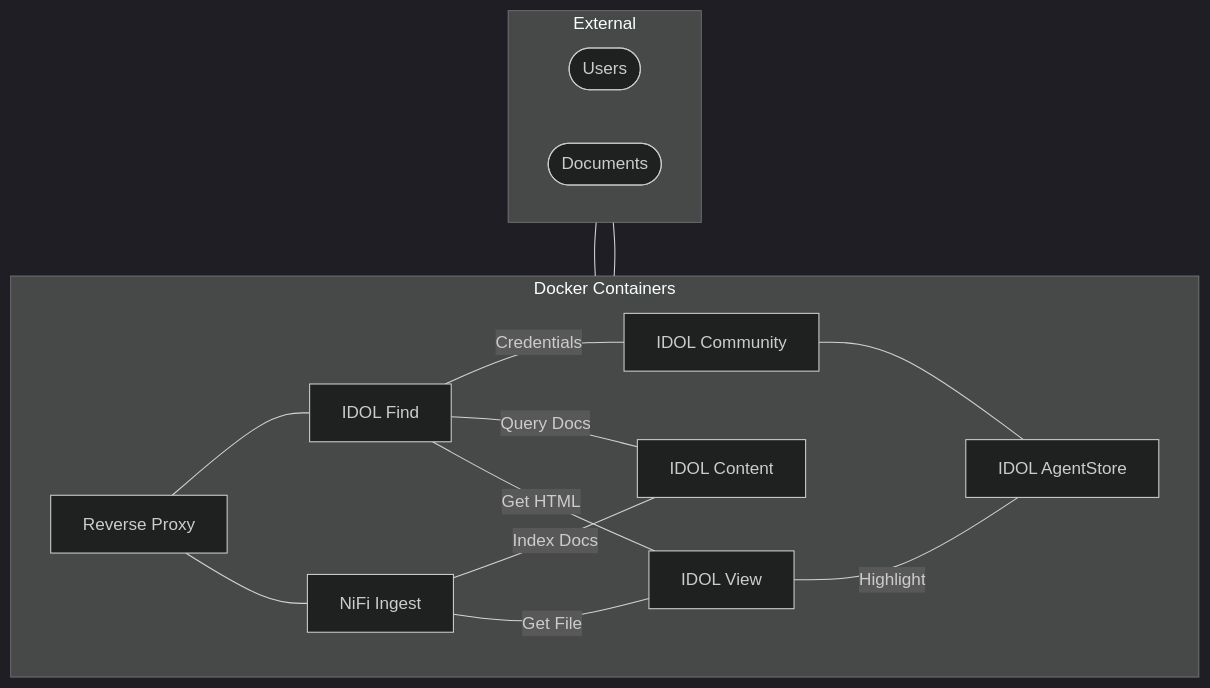
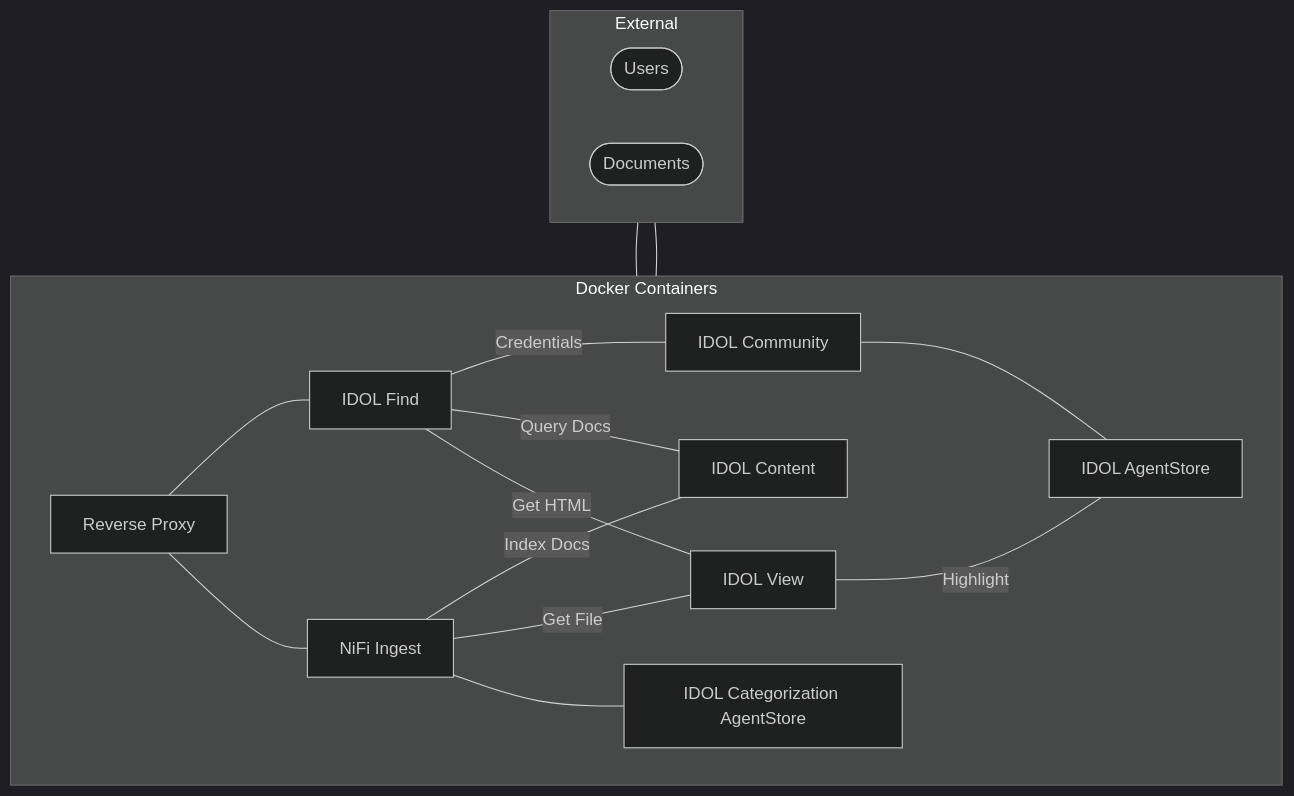
Before and after one commit to opentext-idol/idol-tutorials: the diagram in tutorials/introduction/containers/PART_II.md, drawn with Mermaid (dark theme). The commit also changed other lines of this file and 43 other files, not shown here.

````diff
--- a/tutorials/introduction/containers/PART_II.md
+++ b/tutorials/introduction/containers/PART_II.md
@@ -71,30 +71,32 @@
 ```mermaid
 flowchart TB
 
   subgraph external[External]
     direction LR
     users([Users])
     files([Documents])
   end
 
   subgraph internal[Docker Containers]
     direction LR
     ingest[NiFi Ingest]
     dre[IDOL Content]
     view[IDOL View]
     find[IDOL Find]
     comm[IDOL Community]
     agent[IDOL AgentStore]
+    catagent[IDOL Categorization AgentStore]
     proxy[Reverse Proxy]
   end
 
   files --- ingest
   users --- proxy --- find
   proxy --- ingest
   ingest -- Index Docs--- dre 
   find -- Credentials --- comm --- agent
   find -- Query Docs --- dre
   ingest -- Get File --- view
+  ingest --- catagent
   find -- Get HTML --- view
   view -- Highlight --- agent
 ```
````
